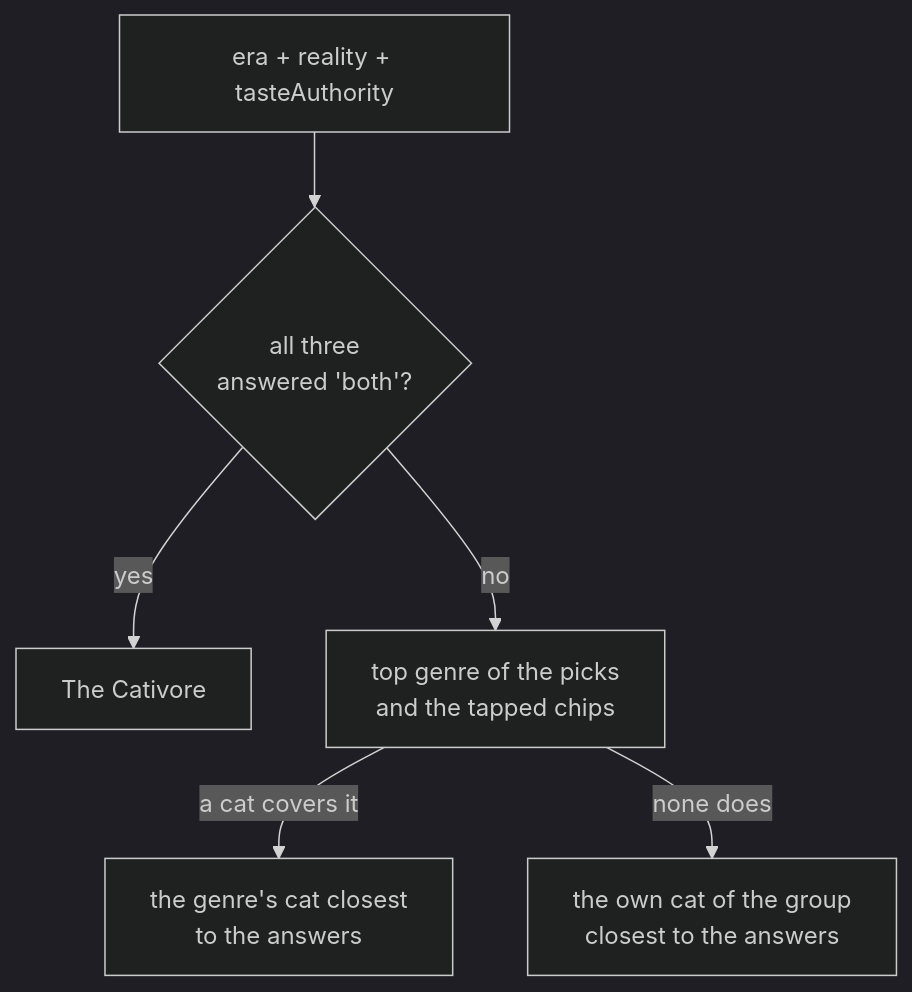
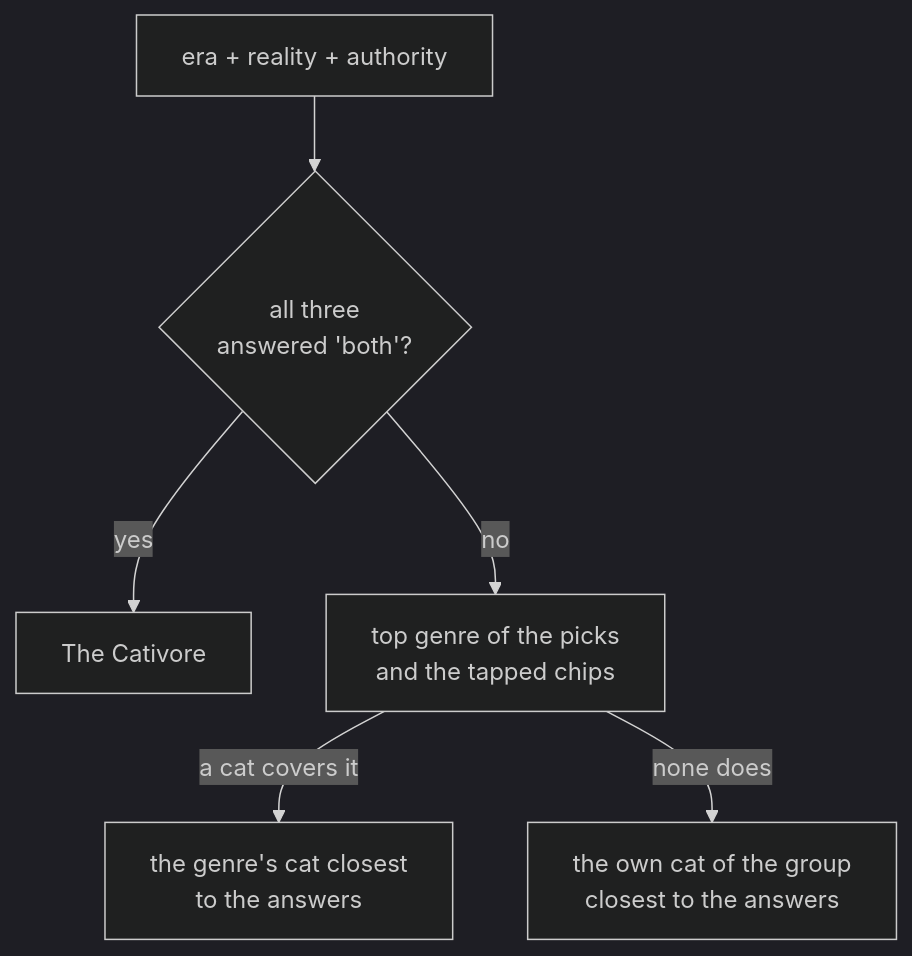
One commit to Nicky-Sa/meowie-reactnative changed the second of 2 diagrams in features/taste/how-taste-works.md. Above: the diagram before and after it, drawn with Mermaid (dark theme). The commit also changed other lines of this file and 5 other files, not shown here.

````diff
--- a/features/taste/how-taste-works.md
+++ b/features/taste/how-taste-works.md
@@ -144,8 +144,8 @@
 ```mermaid
 flowchart TD
-    A[era + reality + tasteAuthority] --> B{all three<br/>answered 'both'?}
+    A[era + reality + authority] --> B{all three<br/>answered 'both'?}
     B -->|yes| C[The Cativore]
     B -->|no| D[top genre of the picks<br/>and the tapped chips]
     D -->|a cat covers it| E[the genre's cat closest<br/>to the answers]
     D -->|none does| F[the own cat of the group<br/>closest to the answers]
 ```
````
